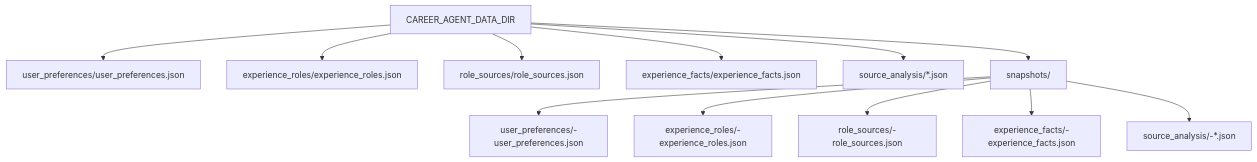
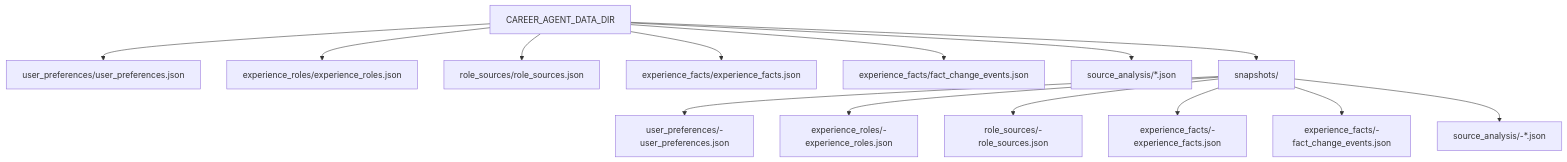
The eighth of 8 diagrams in docs/diagrams.md (rsauers0/career-agent), drawn with Mermaid before and after one commit. The commit also changed other lines of this file and 3 other files, not shown here.

First line of the commit message:
Align docs with experience fact workflow

````diff
--- a/docs/diagrams.md
+++ b/docs/diagrams.md
@@ -206,17 +206,19 @@
 ```mermaid
 flowchart TD
     DataDir["CAREER_AGENT_DATA_DIR"]
 
     DataDir --> Preferences["user_preferences/user_preferences.json"]
     DataDir --> Roles["experience_roles/experience_roles.json"]
     DataDir --> Sources["role_sources/role_sources.json"]
     DataDir --> Facts["experience_facts/experience_facts.json"]
+    DataDir --> FactEvents["experience_facts/fact_change_events.json"]
     DataDir --> Analysis["source_analysis/*.json"]
     DataDir --> Snapshots["snapshots/"]
 
     Snapshots --> PreferenceSnapshots["user_preferences/<timestamp>-user_preferences.json"]
     Snapshots --> RoleSnapshots["experience_roles/<timestamp>-experience_roles.json"]
     Snapshots --> SourceSnapshots["role_sources/<timestamp>-role_sources.json"]
     Snapshots --> FactSnapshots["experience_facts/<timestamp>-experience_facts.json"]
+    Snapshots --> FactEventSnapshots["experience_facts/<timestamp>-fact_change_events.json"]
     Snapshots --> AnalysisSnapshots["source_analysis/<timestamp>-*.json"]
 ```
````
